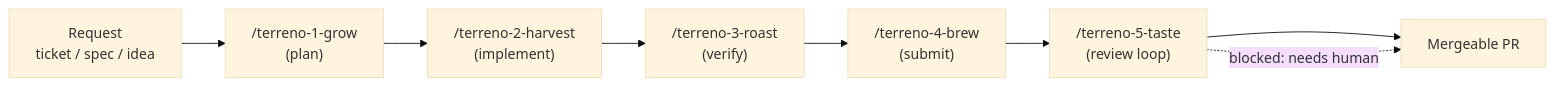
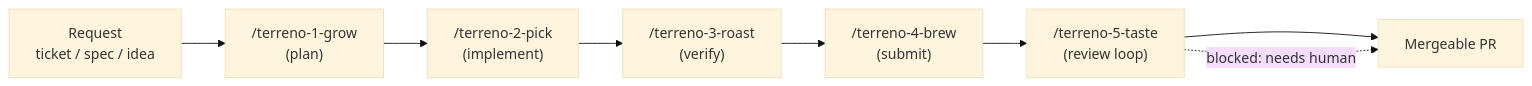
One commit to FlourishHealth/terreno changed the diagram in docs/implementationPlans/agentic-sdlc-plugin.md. Above: the diagram before and after it, drawn with Mermaid (base theme). The commit also changed other lines of this file and 33 other files, not shown here.

````diff
--- a/docs/implementationPlans/agentic-sdlc-plugin.md
+++ b/docs/implementationPlans/agentic-sdlc-plugin.md
@@ -56,12 +56,12 @@
 ```mermaid
 flowchart LR
   REQ["Request<br/>ticket / spec / idea"]
   G["/terreno-1-grow<br/>(plan)"]
-  H["/terreno-2-harvest<br/>(implement)"]
+  H["/terreno-2-pick<br/>(implement)"]
   R["/terreno-3-roast<br/>(verify)"]
   B["/terreno-4-brew<br/>(submit)"]
   T["/terreno-5-taste<br/>(review loop)"]
   M["Mergeable PR"]
   REQ --> G --> H --> R --> B --> T --> M
   T -.->|"blocked: needs human"| M
 ```
````
